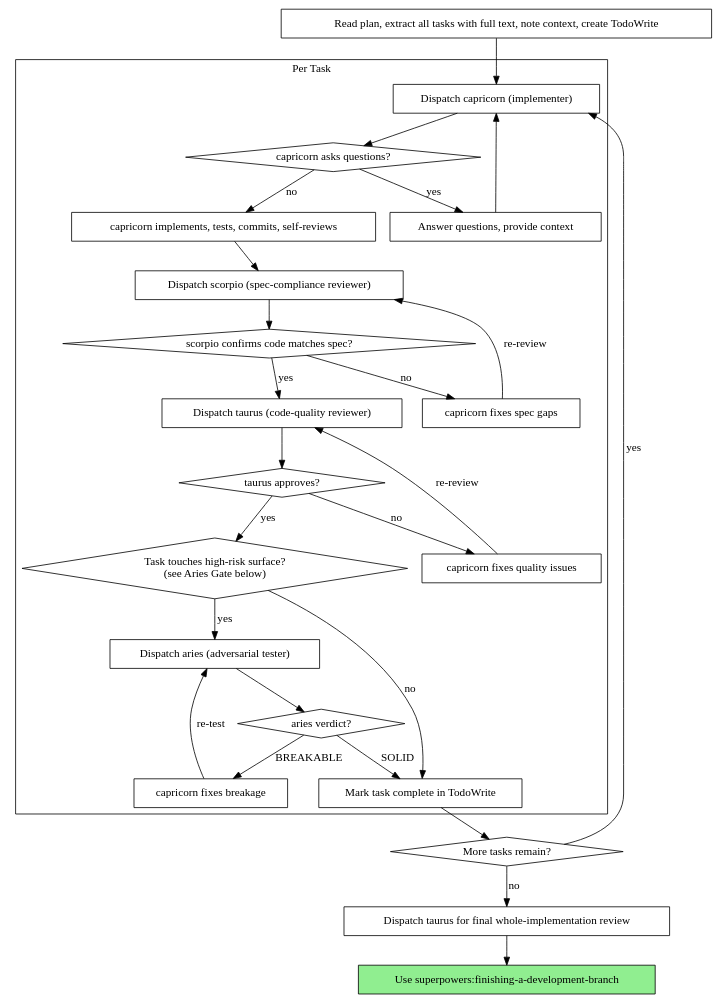
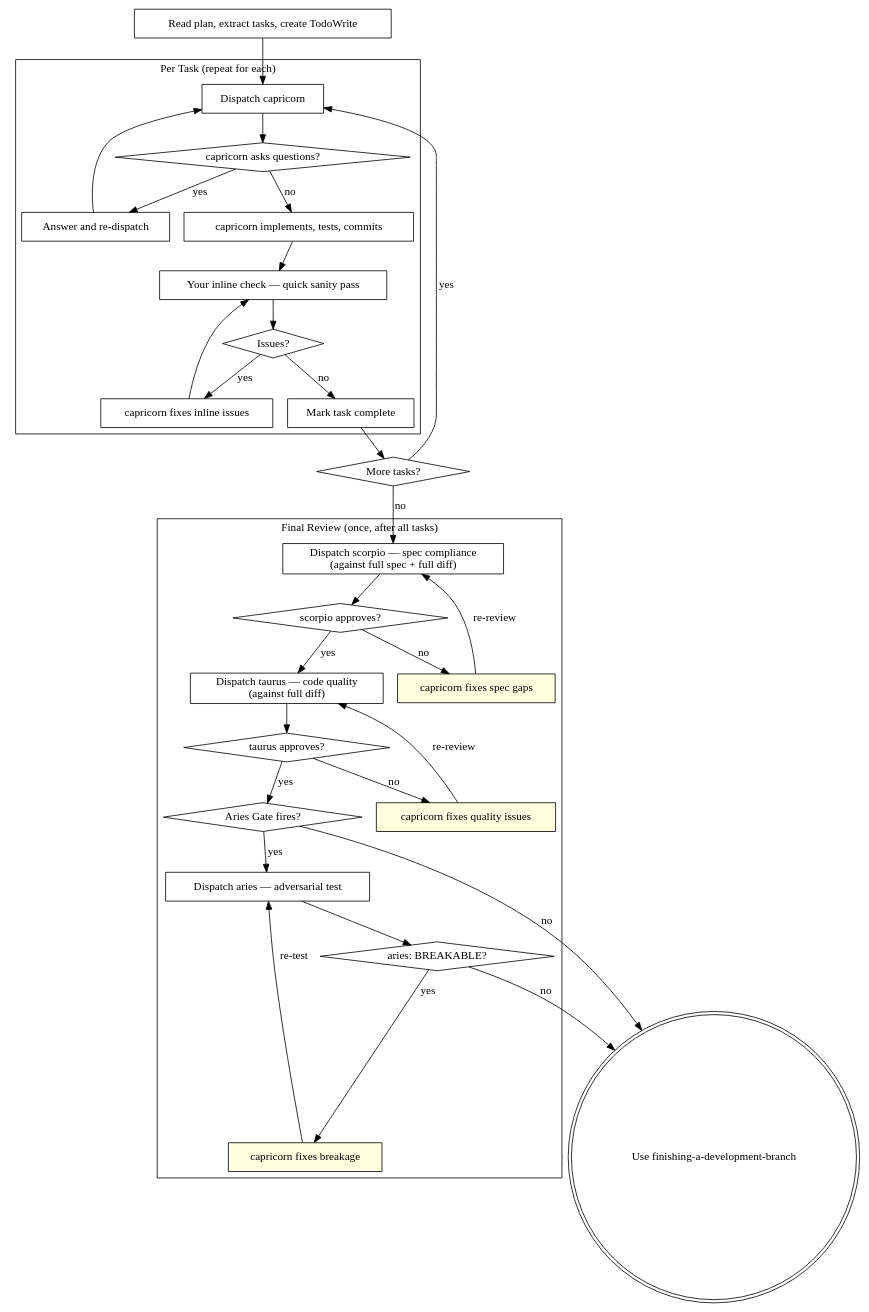
Before and after one commit to Joe-zhouman/athena-guard-superpowers: the second of 2 diagrams in skills/subagent-driven-development/SKILL.md, drawn with Graphviz. The commit also changed other lines of this file and 2 other files, not shown here.

First line of the commit message:
perf: move scorpio+taurus from per-task to once-at-end

````diff
--- a/skills/subagent-driven-development/SKILL.md
+++ b/skills/subagent-driven-development/SKILL.md
@@ -56,54 +56,63 @@
 ```dot
 digraph process {
     rankdir=TB;
 
     subgraph cluster_per_task {
-        label="Per Task";
-        "Dispatch capricorn (implementer)" [shape=box];
+        label="Per Task (repeat for each)";
+        "Dispatch capricorn" [shape=box];
         "capricorn asks questions?" [shape=diamond];
-        "Answer questions, provide context" [shape=box];
-        "capricorn implements, tests, commits, self-reviews" [shape=box];
-        "Dispatch scorpio (spec-compliance reviewer)" [shape=box];
-        "scorpio confirms code matches spec?" [shape=diamond];
-        "capricorn fixes spec gaps" [shape=box];
-        "Dispatch taurus (code-quality reviewer)" [shape=box];
-        "taurus approves?" [shape=diamond];
-        "capricorn fixes quality issues" [shape=box];
-        "Task touches high-risk surface?\n(see Aries Gate below)" [shape=diamond];
-        "Dispatch aries (adversarial tester)" [shape=box];
-        "aries verdict?" [shape=diamond];
-        "capricorn fixes breakage" [shape=box];
-        "Mark task complete in TodoWrite" [shape=box];
+        "Answer and re-dispatch" [shape=box];
+        "capricorn implements, tests, commits" [shape=box];
+        "Your inline check — quick sanity pass" [shape=box];
+        "Issues?" [shape=diamond];
+        "capricorn fixes inline issues" [shape=box];
+        "Mark task complete" [shape=box];
     }
 
-    "Read plan, extract all tasks with full text, note context, create TodoWrite" [shape=box];
-    "More tasks remain?" [shape=diamond];
-    "Dispatch taurus for final whole-implementation review" [shape=box];
-    "Use superpowers:finishing-a-development-branch" [shape=box style=filled fillcolor=lightgreen];
+    subgraph cluster_final_review {
+        label="Final Review (once, after all tasks)";
+        "Dispatch scorpio — spec compliance\n(against full spec + full diff)" [shape=box];
+        "scorpio approves?" [shape=diamond];
+        "capricorn fixes spec gaps" [shape=box style=filled fillcolor=lightyellow];
+        "Dispatch taurus — code quality\n(against full diff)" [shape=box];
+        "taurus approves?" [shape=diamond];
+        "capricorn fixes quality issues" [shape=box style=filled fillcolor=lightyellow];
+        "Aries Gate fires?" [shape=diamond];
+        "Dispatch aries — adversarial test" [shape=box];
+        "aries: BREAKABLE?" [shape=diamond];
+        "capricorn fixes breakage" [shape=box style=filled fillcolor=lightyellow];
+    }
 
-    "Read plan, extract all tasks with full text, note context, create TodoWrite" -> "Dispatch capricorn (implementer)";
-    "Dispatch capricorn (implementer)" -> "capricorn asks questions?";
-    "capricorn asks questions?" -> "Answer questions, provide context" [label="yes"];
-    "Answer questions, provide context" -> "Dispatch capricorn (implementer)";
-    "capricorn asks questions?" -> "capricorn implements, tests, commits, self-reviews" [label="no"];
-    "capricorn implements, tests, commits, self-reviews" -> "Dispatch scorpio (spec-compliance reviewer)";
-    "Dispatch scorpio (spec-compliance reviewer)" -> "scorpio confirms code matches spec?";
-    "scorpio confirms code matches spec?" -> "capricorn fixes spec gaps" [label="no"];
-    "capricorn fixes spec gaps" -> "Dispatch scorpio (spec-compliance reviewer)" [label="re-review"];
-    "scorpio confirms code matches spec?" -> "Dispatch taurus (code-quality reviewer)" [label="yes"];
-    "Dispatch taurus (code-quality reviewer)" -> "taurus approves?";
+    "Read plan, extract tasks, create TodoWrite" [shape=box];
+    "More tasks?" [shape=diamond];
+    "Use finishing-a-development-branch" [shape=doublecircle];
+
+    "Read plan, extract tasks, create TodoWrite" -> "Dispatch capricorn";
+    "Dispatch capricorn" -> "capricorn asks questions?";
+    "capricorn asks questions?" -> "Answer and re-dispatch" [label="yes"];
+    "Answer and re-dispatch" -> "Dispatch capricorn";
+    "capricorn asks questions?" -> "capricorn implements, tests, commits" [label="no"];
+    "capricorn implements, tests, commits" -> "Your inline check — quick sanity pass";
+    "Your inline check — quick sanity pass" -> "Issues?";
+    "Issues?" -> "capricorn fixes inline issues" [label="yes"];
+    "capricorn fixes inline issues" -> "Your inline check — quick sanity pass";
+    "Issues?" -> "Mark task complete" [label="no"];
+    "Mark task complete" -> "More tasks?";
+    "More tasks?" -> "Dispatch capricorn" [label="yes"];
+    "More tasks?" -> "Dispatch scorpio — spec compliance\n(against full spec + full diff)" [label="no"];
+    "Dispatch scorpio — spec compliance\n(against full spec + full diff)" -> "scorpio approves?";
+    "scorpio approves?" -> "capricorn fixes spec gaps" [label="no"];
+    "capricorn fixes spec gaps" -> "Dispatch scorpio — spec compliance\n(against full spec + full diff)" [label="re-review"];
+    "scorpio approves?" -> "Dispatch taurus — code quality\n(against full diff)" [label="yes"];
+    "Dispatch taurus — code quality\n(against full diff)" -> "taurus approves?";
     "taurus approves?" -> "capricorn fixes quality issues" [label="no"];
-    "capricorn fixes quality issues" -> "Dispatch taurus (code-quality reviewer)" [label="re-review"];
-    "taurus approves?" -> "Task touches high-risk surface?\n(see Aries Gate below)" [label="yes"];
-    "Task touches high-risk surface?\n(see Aries Gate below)" -> "Dispatch aries (adversarial tester)" [label="yes"];
-    "Task touches high-risk surface?\n(see Aries Gate below)" -> "Mark task complete in TodoWrite" [label="no"];
-    "Dispatch aries (adversarial tester)" -> "aries verdict?";
-    "aries verdict?" -> "capricorn fixes breakage" [label="BREAKABLE"];
-    "capricorn fixes breakage" -> "Dispatch aries (adversarial tester)" [label="re-test"];
-    "aries verdict?" -> "Mark task complete in TodoWrite" [label="SOLID"];
-    "Mark task complete in TodoWrite" -> "More tasks remain?";
-    "More tasks remain?" -> "Dispatch capricorn (implementer)" [label="yes"];
-    "More tasks remain?" -> "Dispatch taurus for final whole-implementation review" [label="no"];
-    "Dispatch taurus for final whole-implementation review" -> "Use superpowers:finishing-a-development-branch";
+    "capricorn fixes quality issues" -> "Dispatch taurus — code quality\n(against full diff)" [label="re-review"];
+    "taurus approves?" -> "Aries Gate fires?" [label="yes"];
+    "Aries Gate fires?" -> "Dispatch aries — adversarial test" [label="yes"];
+    "Aries Gate fires?" -> "Use finishing-a-development-branch" [label="no"];
+    "Dispatch aries — adversarial test" -> "aries: BREAKABLE?";
+    "aries: BREAKABLE?" -> "capricorn fixes breakage" [label="yes"];
+    "capricorn fixes breakage" -> "Dispatch aries — adversarial test" [label="re-test"];
+    "aries: BREAKABLE?" -> "Use finishing-a-development-branch" [label="no"];
 }
 ```
````
